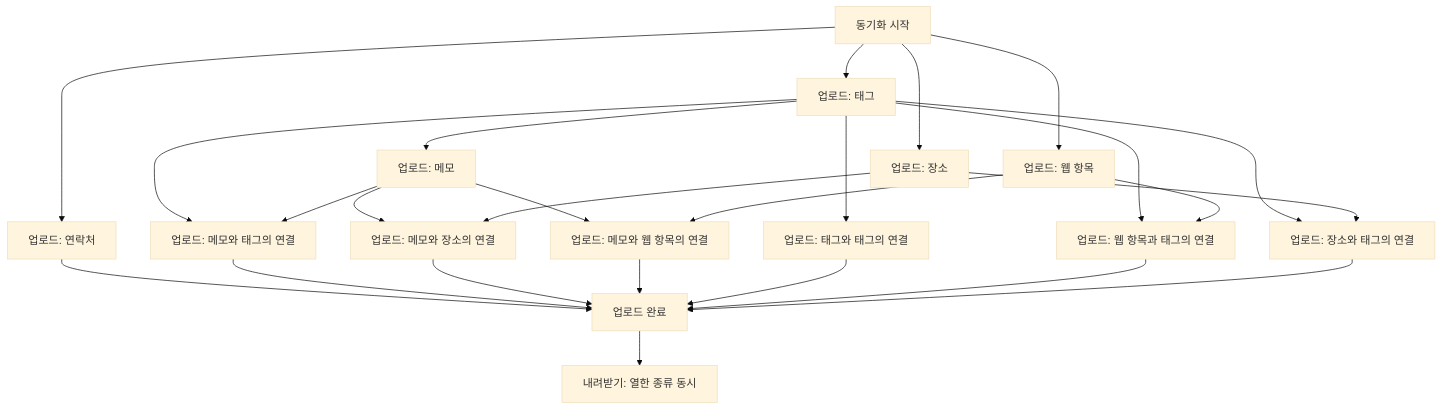
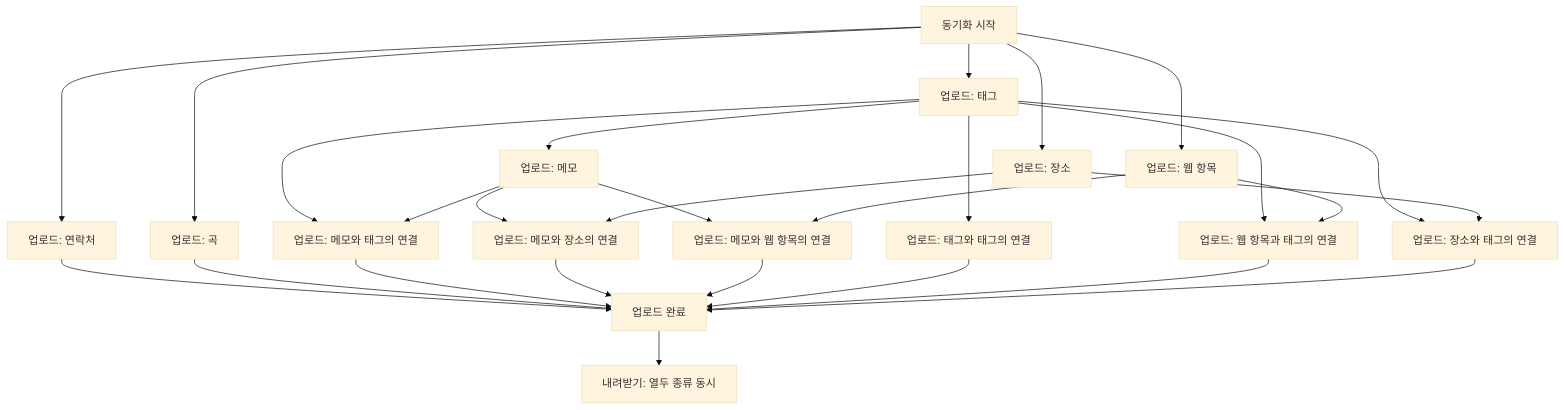
The second of 3 diagrams in docs/spec/data-sync.md (taetae98coding/DiaryKMP), drawn with Mermaid (base theme) before and after one commit. The commit also changed other lines of this file and 21 other files, not shown here.

````diff
--- a/docs/spec/data-sync.md
+++ b/docs/spec/data-sync.md
@@ -116,27 +118,29 @@
 ```mermaid
 flowchart TD
     Start["동기화 시작"] --> UploadTag["업로드: 태그"]
     Start --> UploadPlace["업로드: 장소"]
     Start --> UploadWeb["업로드: 웹 항목"]
     Start --> UploadContact["업로드: 연락처"]
+    Start --> UploadMusic["업로드: 곡"]
     UploadTag --> UploadMemo["업로드: 메모"]
     UploadTag --> UploadMemoTag["업로드: 메모와 태그의 연결"]
     UploadTag --> UploadTagLink["업로드: 태그와 태그의 연결"]
     UploadTag --> UploadWebTag["업로드: 웹 항목과 태그의 연결"]
     UploadTag --> UploadPlaceTag["업로드: 장소와 태그의 연결"]
     UploadMemo --> UploadMemoTag
     UploadMemo --> UploadMemoPlace["업로드: 메모와 장소의 연결"]
     UploadMemo --> UploadMemoWeb["업로드: 메모와 웹 항목의 연결"]
     UploadPlace --> UploadMemoPlace
     UploadPlace --> UploadPlaceTag
     UploadWeb --> UploadWebTag
     UploadWeb --> UploadMemoWeb
     UploadContact --> Uploaded["업로드 완료"]
+    UploadMusic --> Uploaded
     UploadMemoTag --> Uploaded
     UploadMemoPlace --> Uploaded
     UploadMemoWeb --> Uploaded
     UploadTagLink --> Uploaded
     UploadWebTag --> Uploaded
     UploadPlaceTag --> Uploaded
-    Uploaded --> Download["내려받기: 열한 종류 동시"]
+    Uploaded --> Download["내려받기: 열두 종류 동시"]
 ```
````
